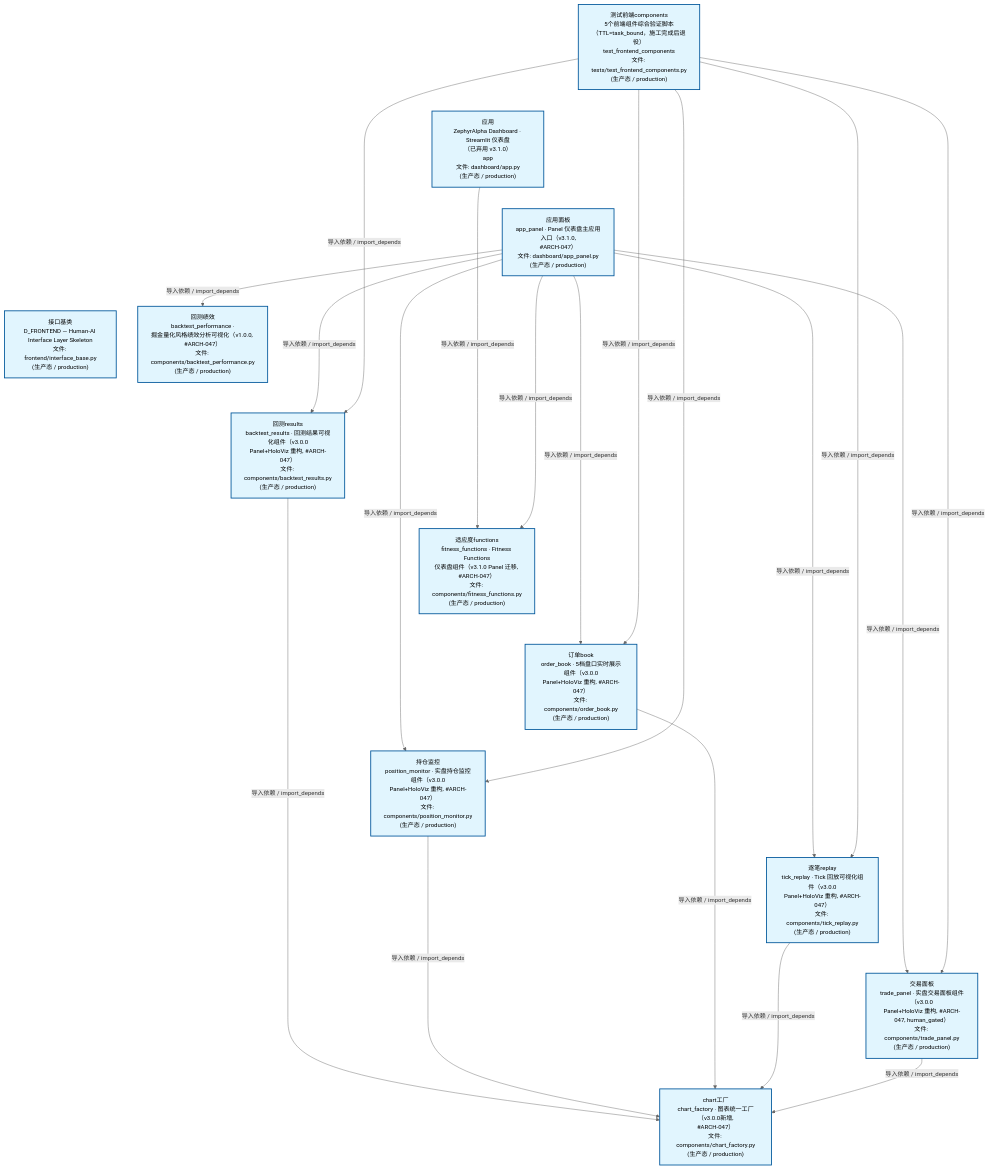
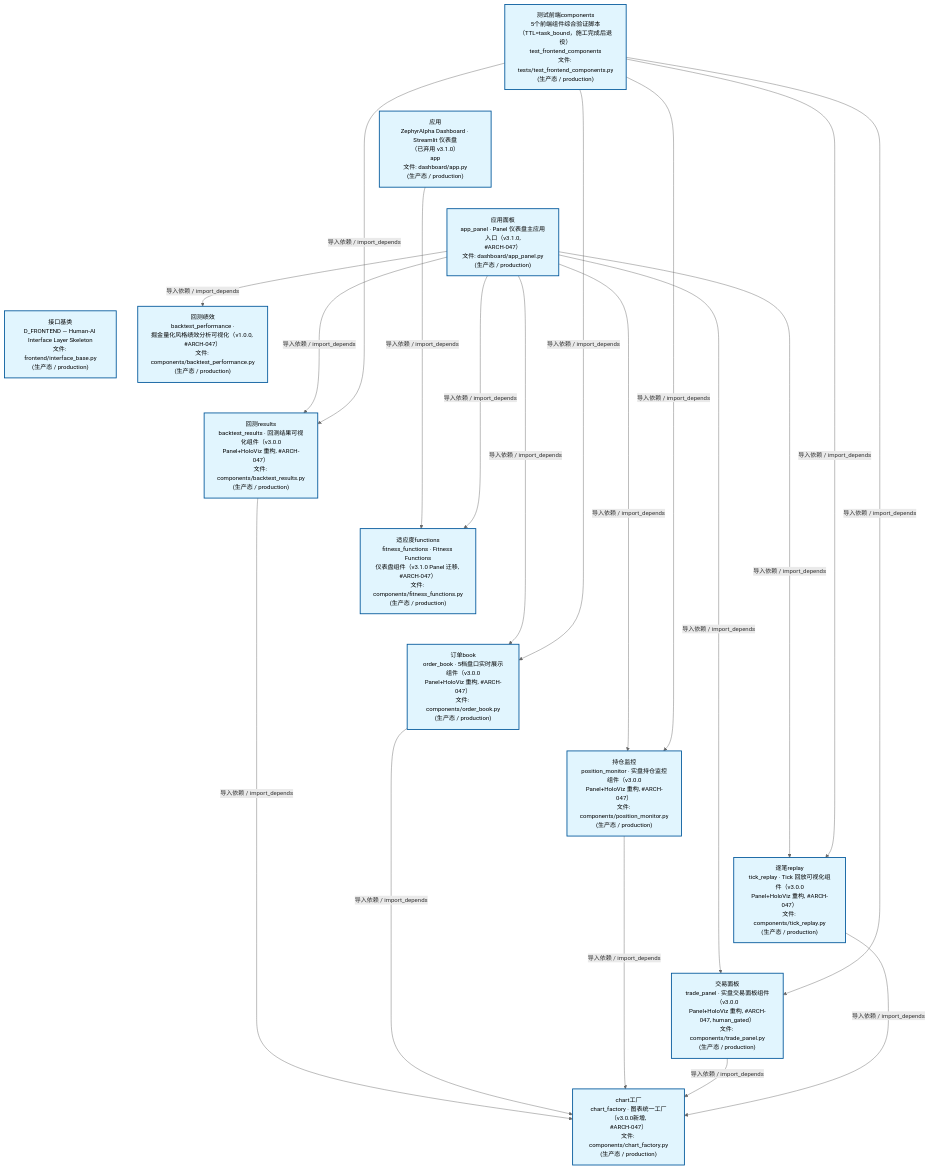
One commit to xuanFelixVan/ZephyrAlpha changed the second of 4 diagrams in docs/02_enterprise_architecture/02_domain_architecture_docs/47_d_frontend.md. Above: the diagram before and after it, drawn with Mermaid. The commit also changed other lines of this file and 42 other files, not shown here.

````diff
--- a/docs/02_enterprise_architecture/02_domain_architecture_docs/47_d_frontend.md
+++ b/docs/02_enterprise_architecture/02_domain_architecture_docs/47_d_frontend.md
@@ -124,48 +124,48 @@
 ```mermaid
 %%{init: {'theme': 'base', 'themeVariables': {'primaryColor': '#eaeaea', 'primaryTextColor': '#333333', 'primaryBorderColor': '#666666', 'lineColor': '#666666', 'secondaryColor': '#eaeaea', 'tertiaryColor': '#eaeaea', 'fontSize': '14px'}}}%%
 flowchart TD
     scripts_tests_test_frontend_components_py["测试前端components<br/>5个前端组件综合验证脚本<br/>（TTL=task_bound，施工完成后退役）<br/>test_frontend_components<br/>文件: tests/test_frontend_components.py<br/>(生产态 / production)"]
     src_zephyr_frontend_dashboard_app_py["应用<br/>ZephyrAlpha Dashboard · Streamlit 仪表盘<br/>（已弃用 v3.1.0）<br/>app<br/>文件: dashboard/app.py<br/>(生产态 / production)"]
     src_zephyr_frontend_dashboard_app_panel_py["应用面板<br/>app_panel · Panel 仪表盘主应用入口（v3.1.0,<br/>#ARCH-047）<br/>文件: dashboard/app_panel.py<br/>(生产态 / production)"]
     src_zephyr_frontend_interface_base_py["接口基类<br/>D_FRONTEND — Human-AI Interface Layer Skeleton<br/>文件: frontend/interface_base.py<br/>(生产态 / production)"]
     scripts_tests_test_frontend_components_py ~~~ src_zephyr_frontend_dashboard_app_py
     src_zephyr_frontend_dashboard_app_py ~~~ src_zephyr_frontend_dashboard_app_panel_py
     src_zephyr_frontend_dashboard_app_panel_py ~~~ src_zephyr_frontend_interface_base_py
     src_zephyr_frontend_dashboard_components_backtest_performance_py["回测绩效<br/>backtest_performance ·<br/>掘金量化风格绩效分析可视化（v1.0.0, #ARCH-047）<br/>文件: components/backtest_performance.py<br/>(生产态 / production)"]
     src_zephyr_frontend_dashboard_components_backtest_results_py["回测results<br/>backtest_results · 回测结果可视化组件（v3.0.0<br/>Panel+HoloViz 重构, #ARCH-047）<br/>文件: components/backtest_results.py<br/>(生产态 / production)"]
     src_zephyr_frontend_dashboard_components_fitness_functions_py["适应度functions<br/>fitness_functions · Fitness Functions<br/>仪表盘组件（v3.1.0 Panel 迁移, #ARCH-047）<br/>文件: components/fitness_functions.py<br/>(生产态 / production)"]
     src_zephyr_frontend_dashboard_components_order_book_py["订单book<br/>order_book · 5档盘口实时展示组件（v3.0.0<br/>Panel+HoloViz 重构, #ARCH-047）<br/>文件: components/order_book.py<br/>(生产态 / production)"]
     src_zephyr_frontend_dashboard_components_position_monitor_py["持仓监控<br/>position_monitor · 实盘持仓监控组件（v3.0.0<br/>Panel+HoloViz 重构, #ARCH-047）<br/>文件: components/position_monitor.py<br/>(生产态 / production)"]
     src_zephyr_frontend_dashboard_components_tick_replay_py["逐笔replay<br/>tick_replay · Tick 回放可视化组件（v3.0.0<br/>Panel+HoloViz 重构, #ARCH-047）<br/>文件: components/tick_replay.py<br/>(生产态 / production)"]
     src_zephyr_frontend_dashboard_components_trade_panel_py["交易面板<br/>trade_panel · 实盘交易面板组件（v3.0.0<br/>Panel+HoloViz 重构, #ARCH-047, human_gated）<br/>文件: components/trade_panel.py<br/>(生产态 / production)"]
     src_zephyr_frontend_dashboard_components_backtest_performance_py ~~~ src_zephyr_frontend_dashboard_components_backtest_results_py
     src_zephyr_frontend_dashboard_components_backtest_results_py ~~~ src_zephyr_frontend_dashboard_components_fitness_functions_py
     src_zephyr_frontend_dashboard_components_fitness_functions_py ~~~ src_zephyr_frontend_dashboard_components_order_book_py
     src_zephyr_frontend_dashboard_components_order_book_py ~~~ src_zephyr_frontend_dashboard_components_position_monitor_py
     src_zephyr_frontend_dashboard_components_position_monitor_py ~~~ src_zephyr_frontend_dashboard_components_tick_replay_py
     src_zephyr_frontend_dashboard_components_tick_replay_py ~~~ src_zephyr_frontend_dashboard_components_trade_panel_py
     src_zephyr_frontend_dashboard_components_chart_factory_py["chart工厂<br/>chart_factory · 图表统一工厂（v3.0.0新增,<br/>#ARCH-047）<br/>文件: components/chart_factory.py<br/>(生产态 / production)"]
     src_zephyr_frontend_dashboard_app_py -->|导入依赖 / import_depends| src_zephyr_frontend_dashboard_components_fitness_functions_py
     src_zephyr_frontend_dashboard_app_panel_py -->|导入依赖 / import_depends| src_zephyr_frontend_dashboard_components_backtest_performance_py
+    src_zephyr_frontend_dashboard_app_panel_py -->|导入依赖 / import_depends| src_zephyr_frontend_dashboard_components_backtest_results_py
     src_zephyr_frontend_dashboard_app_panel_py -->|导入依赖 / import_depends| src_zephyr_frontend_dashboard_components_fitness_functions_py
-    src_zephyr_frontend_dashboard_app_panel_py -->|导入依赖 / import_depends| src_zephyr_frontend_dashboard_components_backtest_results_py
+    src_zephyr_frontend_dashboard_app_panel_py -->|导入依赖 / import_depends| src_zephyr_frontend_dashboard_components_order_book_py
     src_zephyr_frontend_dashboard_app_panel_py -->|导入依赖 / import_depends| src_zephyr_frontend_dashboard_components_position_monitor_py
-    src_zephyr_frontend_dashboard_app_panel_py -->|导入依赖 / import_depends| src_zephyr_frontend_dashboard_components_order_book_py
+    src_zephyr_frontend_dashboard_app_panel_py -->|导入依赖 / import_depends| src_zephyr_frontend_dashboard_components_trade_panel_py
     src_zephyr_frontend_dashboard_app_panel_py -->|导入依赖 / import_depends| src_zephyr_frontend_dashboard_components_tick_replay_py
-    src_zephyr_frontend_dashboard_app_panel_py -->|导入依赖 / import_depends| src_zephyr_frontend_dashboard_components_trade_panel_py
     src_zephyr_frontend_dashboard_components_backtest_results_py -->|导入依赖 / import_depends| src_zephyr_frontend_dashboard_components_chart_factory_py
+    src_zephyr_frontend_dashboard_components_order_book_py -->|导入依赖 / import_depends| src_zephyr_frontend_dashboard_components_chart_factory_py
     src_zephyr_frontend_dashboard_components_position_monitor_py -->|导入依赖 / import_depends| src_zephyr_frontend_dashboard_components_chart_factory_py
-    src_zephyr_frontend_dashboard_components_order_book_py -->|导入依赖 / import_depends| src_zephyr_frontend_dashboard_components_chart_factory_py
+    src_zephyr_frontend_dashboard_components_trade_panel_py -->|导入依赖 / import_depends| src_zephyr_frontend_dashboard_components_chart_factory_py
     src_zephyr_frontend_dashboard_components_tick_replay_py -->|导入依赖 / import_depends| src_zephyr_frontend_dashboard_components_chart_factory_py
-    src_zephyr_frontend_dashboard_components_trade_panel_py -->|导入依赖 / import_depends| src_zephyr_frontend_dashboard_components_chart_factory_py
     scripts_tests_test_frontend_components_py -->|导入依赖 / import_depends| src_zephyr_frontend_dashboard_components_backtest_results_py
+    scripts_tests_test_frontend_components_py -->|导入依赖 / import_depends| src_zephyr_frontend_dashboard_components_order_book_py
     scripts_tests_test_frontend_components_py -->|导入依赖 / import_depends| src_zephyr_frontend_dashboard_components_position_monitor_py
-    scripts_tests_test_frontend_components_py -->|导入依赖 / import_depends| src_zephyr_frontend_dashboard_components_order_book_py
+    scripts_tests_test_frontend_components_py -->|导入依赖 / import_depends| src_zephyr_frontend_dashboard_components_trade_panel_py
     scripts_tests_test_frontend_components_py -->|导入依赖 / import_depends| src_zephyr_frontend_dashboard_components_tick_replay_py
-    scripts_tests_test_frontend_components_py -->|导入依赖 / import_depends| src_zephyr_frontend_dashboard_components_trade_panel_py
     classDef production fill:#e1f5fe,stroke:#01579b,stroke-width:2px,color:#000
     classDef design fill:#fff3e0,stroke:#e65100,stroke-width:2px,color:#000,stroke-dasharray: 5 5
     classDef external_prod fill:#e8f4fd,stroke:#0277bd,stroke-width:1px,color:#000
     classDef external_design fill:#fff8e7,stroke:#ef6c00,stroke-width:1px,color:#000,stroke-dasharray: 5 5
     class scripts_tests_test_frontend_components_py,src_zephyr_frontend_dashboard_app_py,src_zephyr_frontend_dashboard_app_panel_py,src_zephyr_frontend_dashboard_components_backtest_performance_py,src_zephyr_frontend_dashboard_components_backtest_results_py,src_zephyr_frontend_dashboard_components_chart_factory_py,src_zephyr_frontend_dashboard_components_fitness_functions_py,src_zephyr_frontend_dashboard_components_order_book_py,src_zephyr_frontend_dashboard_components_position_monitor_py,src_zephyr_frontend_dashboard_components_tick_replay_py,src_zephyr_frontend_dashboard_components_trade_panel_py,src_zephyr_frontend_interface_base_py production
 ```
````
